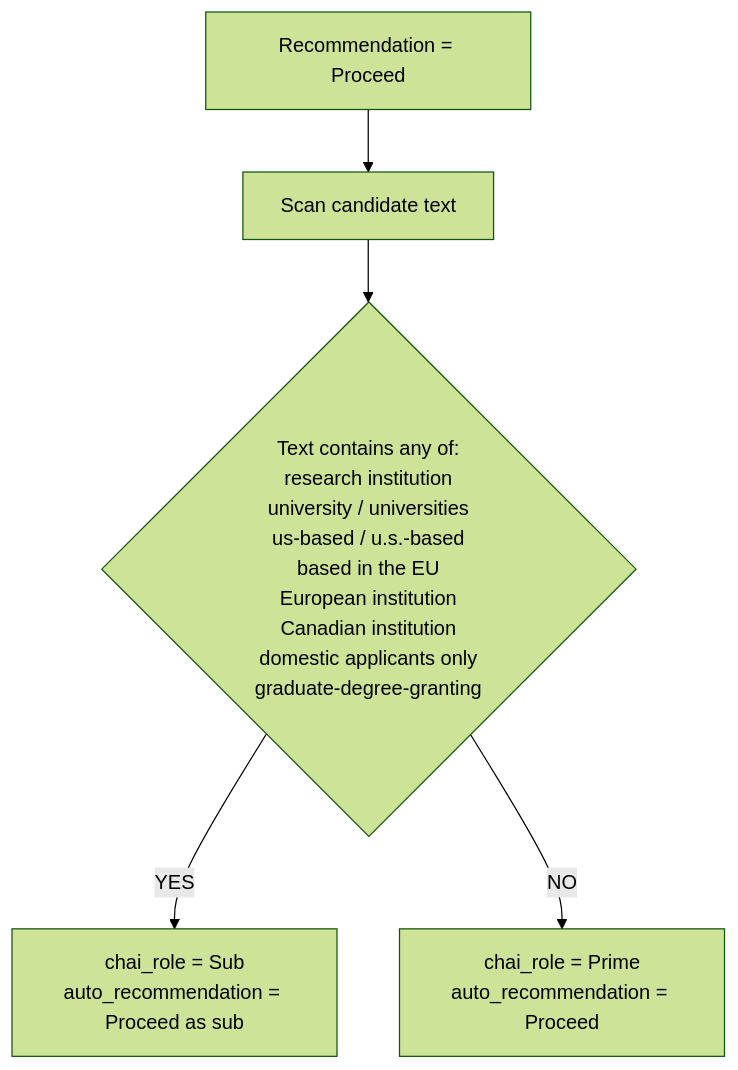
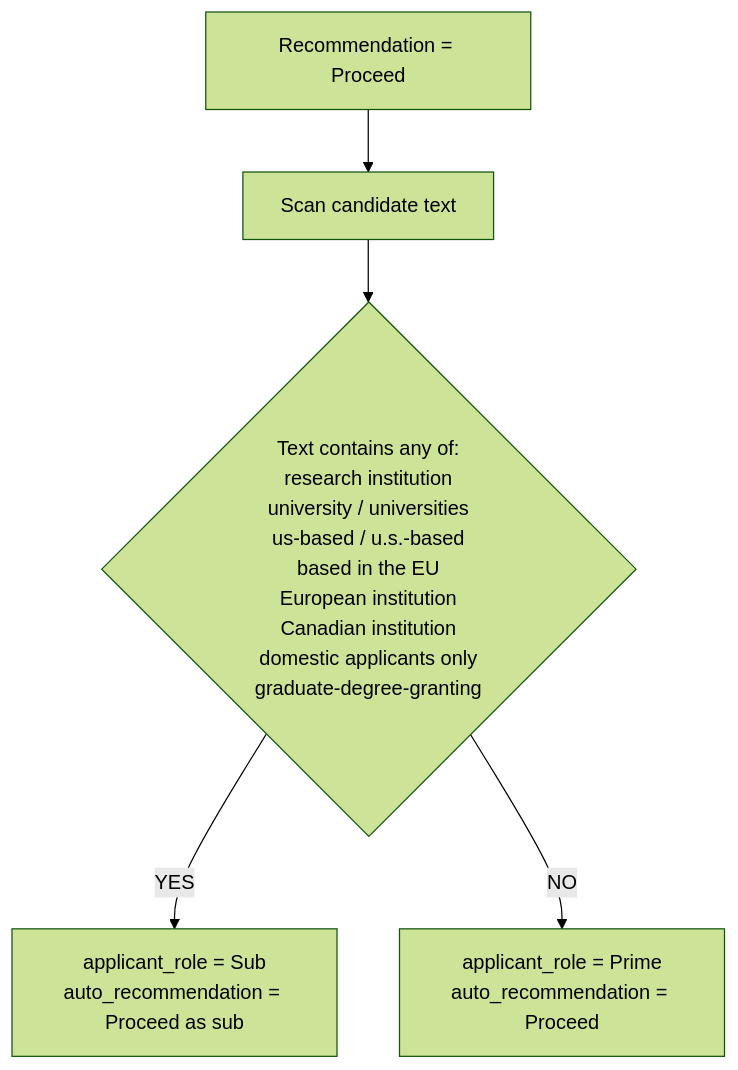
One commit to bensah/rfp-intelligence-system changed the fifth of 5 diagrams in docs/SCAN_PIPELINE.md. Above: the diagram before and after it, drawn with Mermaid (forest theme). The commit also changed other lines of this file and 25 other files, not shown here.

First line of the commit message:
refactor: de-brand — strip CHAI/BDT references from code, UI, and schema

````diff
--- a/docs/SCAN_PIPELINE.md
+++ b/docs/SCAN_PIPELINE.md
@@ -160,7 +160,7 @@
 ```mermaid
 flowchart TD
     A["Recommendation = Proceed"] --> B["Scan candidate text"]
     B --> C{"Text contains any of:<br/>research institution<br/>university / universities<br/>us-based / u.s.-based<br/>based in the EU<br/>European institution<br/>Canadian institution<br/>domestic applicants only<br/>graduate-degree-granting"}
-    C -->|YES| D["chai_role = Sub<br/>auto_recommendation = Proceed as sub"]
-    C -->|NO| E["chai_role = Prime<br/>auto_recommendation = Proceed"]
+    C -->|YES| D["applicant_role = Sub<br/>auto_recommendation = Proceed as sub"]
+    C -->|NO| E["applicant_role = Prime<br/>auto_recommendation = Proceed"]
 ```
````
